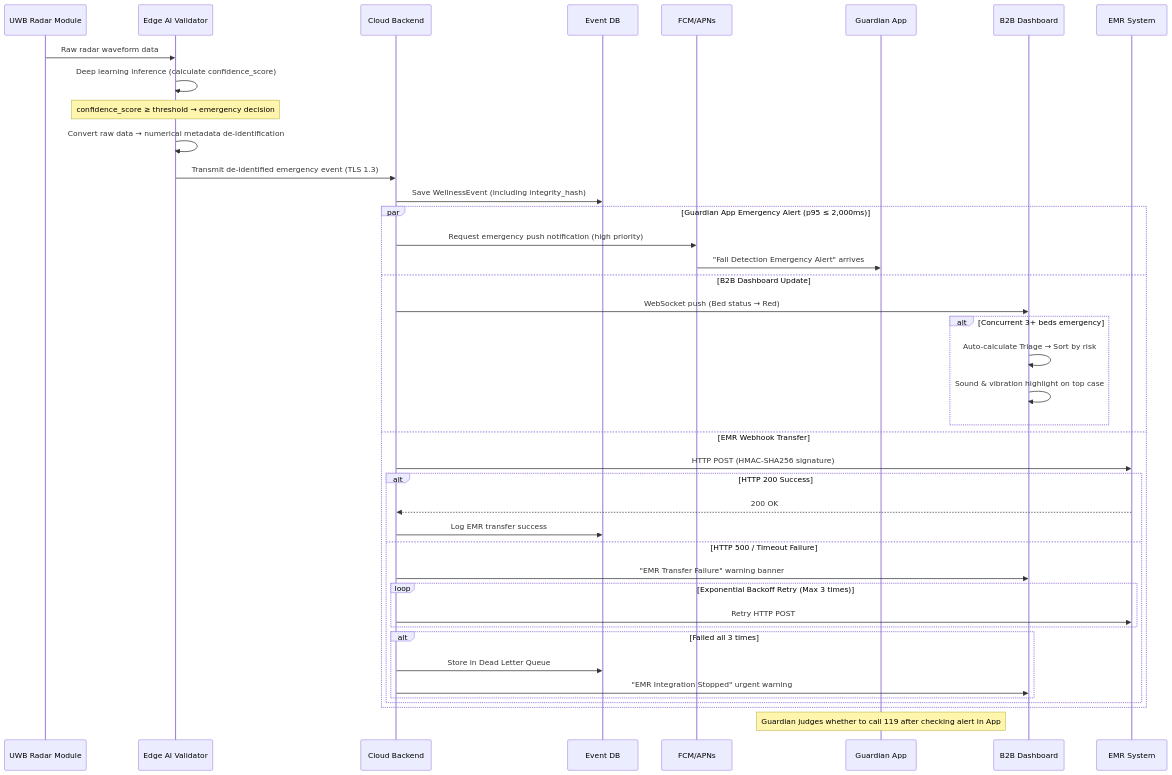
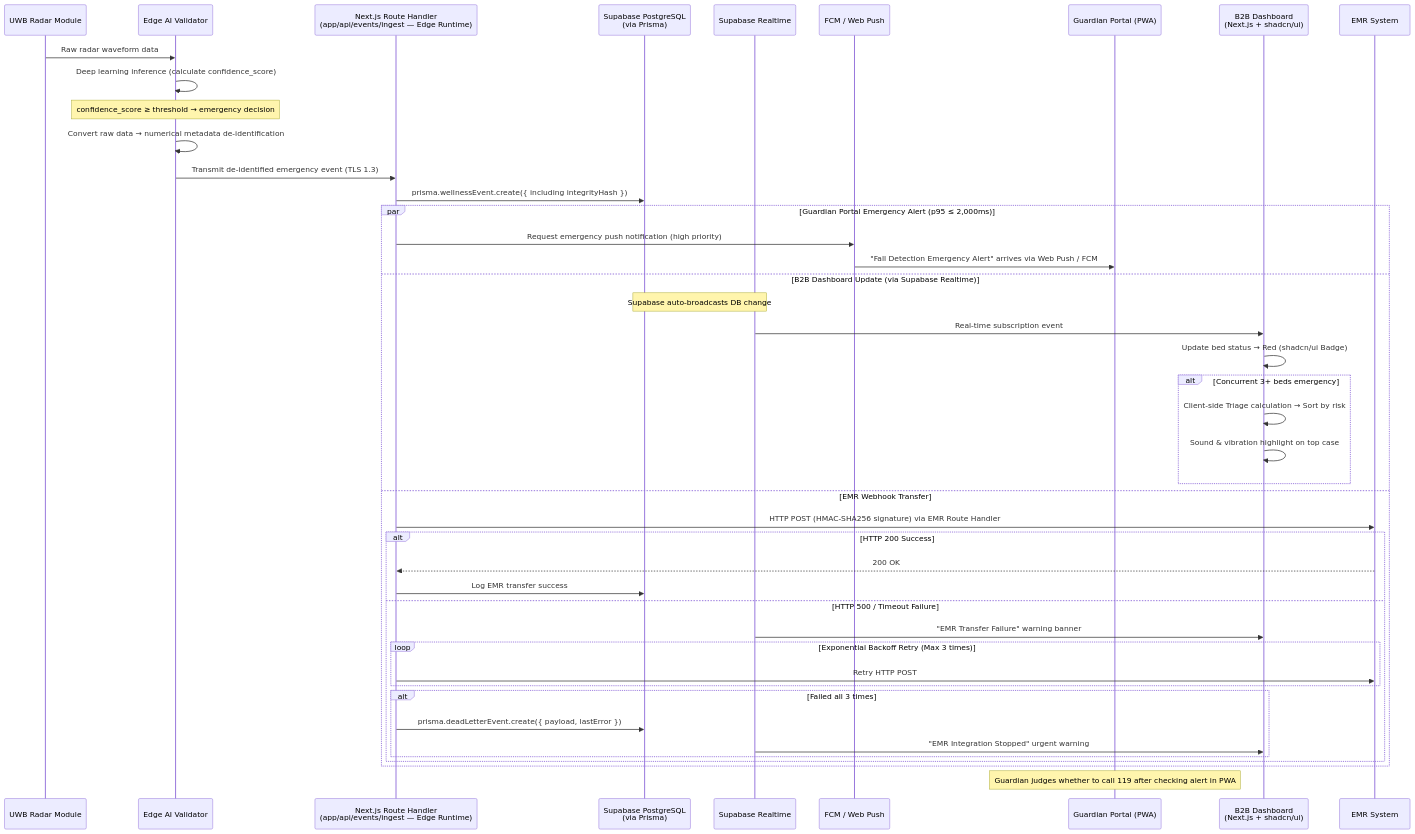
One commit to bugsmile/SRS-from-PRD_AmbieCARE changed the ninth of 11 diagrams in SRS-Draft/SRS_v01(ENG_OPUS).md. Above: the diagram before and after it, drawn with Mermaid. The commit also changed other lines of this file and 4 other files, not shown here.

````diff
--- a/SRS-Draft/SRS_v01(ENG_OPUS).md
+++ b/SRS-Draft/SRS_v01(ENG_OPUS).md
@@ -838,49 +1034,52 @@
 ```mermaid
 sequenceDiagram
     participant R as UWB Radar Module
     participant E as Edge AI Validator
-    participant C as Cloud Backend
-    participant DB as Event DB
-    participant P as FCM/APNs
-    participant GA as Guardian App
-    participant D as B2B Dashboard
+    participant API as Next.js Route Handler<br/>(app/api/events/ingest — Edge Runtime)
+    participant DB as Supabase PostgreSQL<br/>(via Prisma)
+    participant RT as Supabase Realtime
+    participant PUSH as FCM / Web Push
+    participant PWA as Guardian Portal (PWA)
+    participant D as B2B Dashboard<br/>(Next.js + shadcn/ui)
     participant EMR as EMR System
 
     R->>E: Raw radar waveform data
     E->>E: Deep learning inference (calculate confidence_score)
 
     Note over E: confidence_score ≥ threshold → emergency decision
 
     E->>E: Convert raw data → numerical metadata de-identification
-    E->>C: Transmit de-identified emergency event (TLS 1.3)
+    E->>API: Transmit de-identified emergency event (TLS 1.3)
 
-    C->>DB: Save WellnessEvent (including integrity_hash)
+    API->>DB: prisma.wellnessEvent.create({ including integrityHash })
 
-    par Guardian App Emergency Alert (p95 ≤ 2,000ms)
-        C->>P: Request emergency push notification (high priority)
-        P->>GA: "Fall Detection Emergency Alert" arrives
-    and B2B Dashboard Update
-        C->>D: WebSocket push (Bed status → Red)
+    par Guardian Portal Emergency Alert (p95 ≤ 2,000ms)
+        API->>PUSH: Request emergency push notification (high priority)
+        PUSH->>PWA: "Fall Detection Emergency Alert" arrives via Web Push / FCM
+    and B2B Dashboard Update (via Supabase Realtime)
+        Note over DB,RT: Supabase auto-broadcasts DB change
+        RT->>D: Real-time subscription event
+        D->>D: Update bed status → Red (shadcn/ui Badge)
         alt Concurrent 3+ beds emergency
-            D->>D: Auto-calculate Triage → Sort by risk
+            D->>D: Client-side Triage calculation → Sort by risk
             D->>D: Sound & vibration highlight on top case
         end
     and EMR Webhook Transfer
-        C->>EMR: HTTP POST (HMAC-SHA256 signature)
+        API->>EMR: HTTP POST (HMAC-SHA256 signature) via EMR Route Handler
         alt HTTP 200 Success
-            EMR-->>C: 200 OK
-            C->>DB: Log EMR transfer success
+            EMR-->>API: 200 OK
+            API->>DB: Log EMR transfer success
         else HTTP 500 / Timeout Failure
-            C->>D: "EMR Transfer Failure" warning banner
+            RT->>D: "EMR Transfer Failure" warning banner
             loop Exponential Backoff Retry (Max 3 times)
-                C->>EMR: Retry HTTP POST
+                API->>EMR: Retry HTTP POST
             end
             alt Failed all 3 times
-                C->>DB: Store in Dead Letter Queue
-                C->>D: "EMR Integration Stopped" urgent warning
+                API->>DB: prisma.deadLetterEvent.create({ payload, lastError })
+                RT->>D: "EMR Integration Stopped" urgent warning
             end
         end
     end
 
-    Note over GA: Guardian judges whether to call 119 after checking alert in App
+    Note over PWA: Guardian judges whether to call 119 after checking alert in PWA
 ```
````
